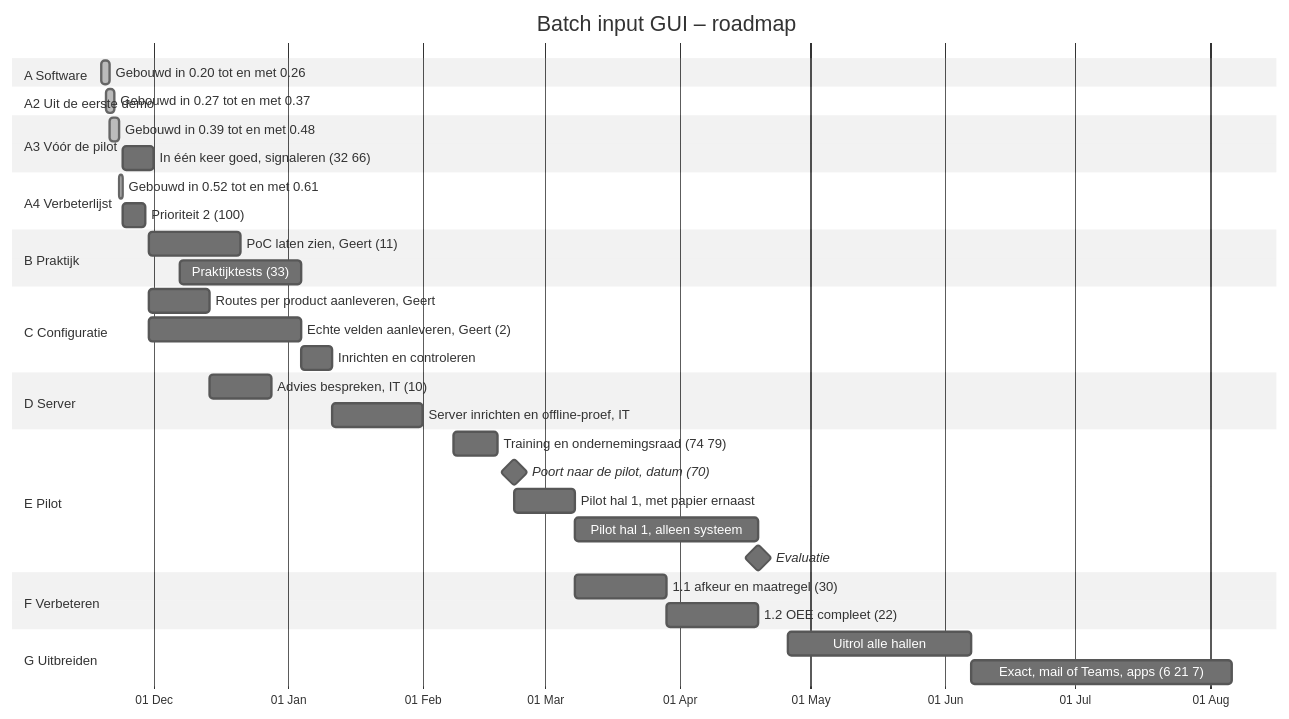
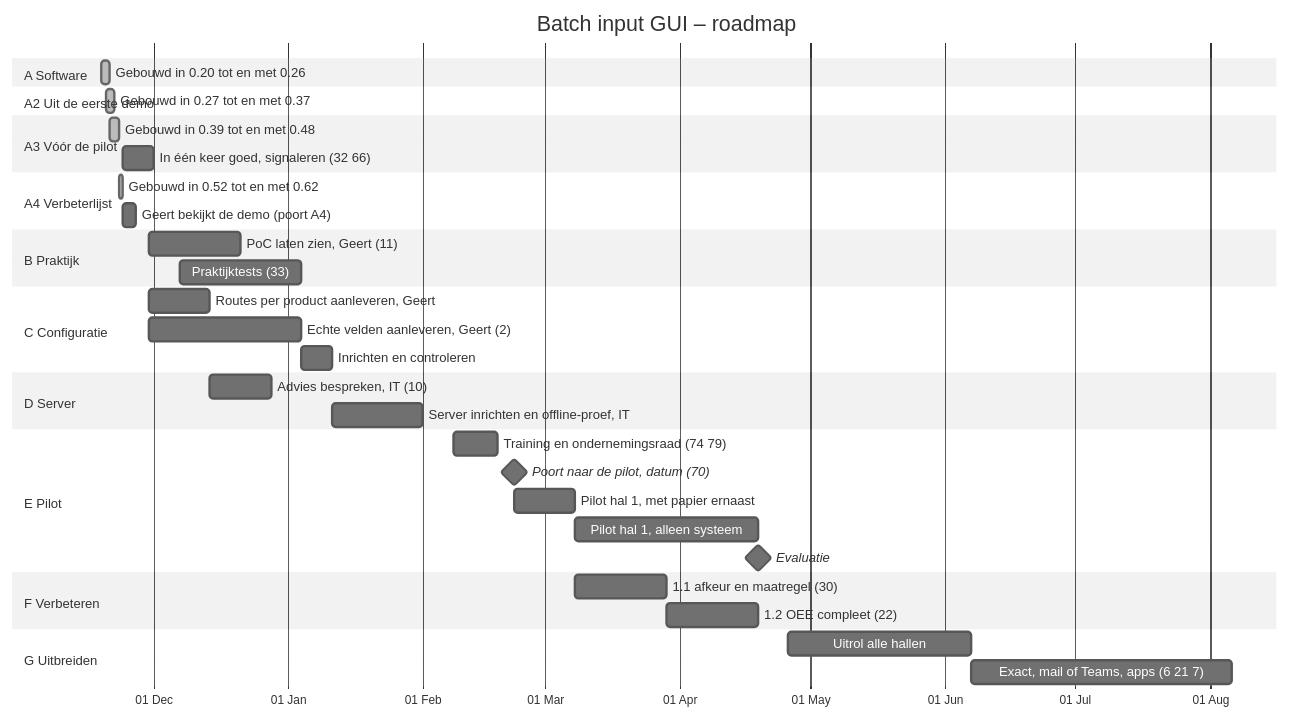
Before and after one commit to Gertjun/Manufacturing-Execution-System: the diagram in ROADMAP.md, drawn with Mermaid (neutral theme). The commit also changed other lines of this file and 20 other files, not shown here.

First line of the commit message:
0.62.0: plaatje van de database, automatisch gemaakt uit schema.sql, met test (#100)

````diff
--- a/ROADMAP.md
+++ b/ROADMAP.md
@@ -12,49 +12,49 @@
 ```mermaid
 gantt
     title Batch input GUI – roadmap
     dateFormat YYYY-MM-DD
     axisFormat %d %b
     todayMarker on
 
     section A Software
     Gebouwd in 0.20 tot en met 0.26          :done, a1, 2026-11-19, 2d
 
     section A2 Uit de eerste demo
     Gebouwd in 0.27 tot en met 0.37          :done, a2, 2026-11-20, 2d
 
     section A3 Vóór de pilot
     Gebouwd in 0.39 tot en met 0.48          :done, a3a, 2026-11-21, 2d
     In één keer goed, signaleren (32 66)     :a3b, 2026-11-24, 7d
 
     section A4 Verbeterlijst
-    Gebouwd in 0.52 tot en met 0.61          :done, a4g, 2026-11-23, 1d
-    Prioriteit 2 (100)          :a4b, 2026-11-24, 5d
+    Gebouwd in 0.52 tot en met 0.62          :done, a4g, 2026-11-23, 1d
+    Geert bekijkt de demo (poort A4)         :a4p, 2026-11-24, 3d
 
     section B Praktijk
     PoC laten zien, Geert (11)               :b1, 2026-11-30, 21d
     Praktijktests (33)                       :b2, 2026-12-07, 28d
 
     section C Configuratie
     Routes per product aanleveren, Geert     :c0, 2026-11-30, 14d
     Echte velden aanleveren, Geert (2)       :c1, 2026-11-30, 35d
     Inrichten en controleren                 :c2, after c1, 7d
 
     section D Server
     Advies bespreken, IT (10)                :d1, 2026-12-14, 14d
     Server inrichten en offline-proef, IT    :d2, 2027-01-11, 21d
 
     section E Pilot
     Training en ondernemingsraad (74 79)     :e0, 2027-02-08, 10d
     Poort naar de pilot, datum (70)          :milestone, m1, 2027-02-22, 0d
     Pilot hal 1, met papier ernaast          :e1, 2027-02-22, 14d
     Pilot hal 1, alleen systeem              :e2, after e1, 42d
     Evaluatie                                :milestone, m2, 2027-04-19, 0d
 
     section F Verbeteren
     1.1 afkeur en maatregel (30)             :f1, 2027-03-08, 21d
     1.2 OEE compleet (22)                    :f2, after f1, 21d
 
     section G Uitbreiden
     Uitrol alle hallen                       :g1, 2027-04-26, 42d
     Exact, mail of Teams, apps (6 21 7)      :g2, 2027-06-07, 60d
 ```
````
